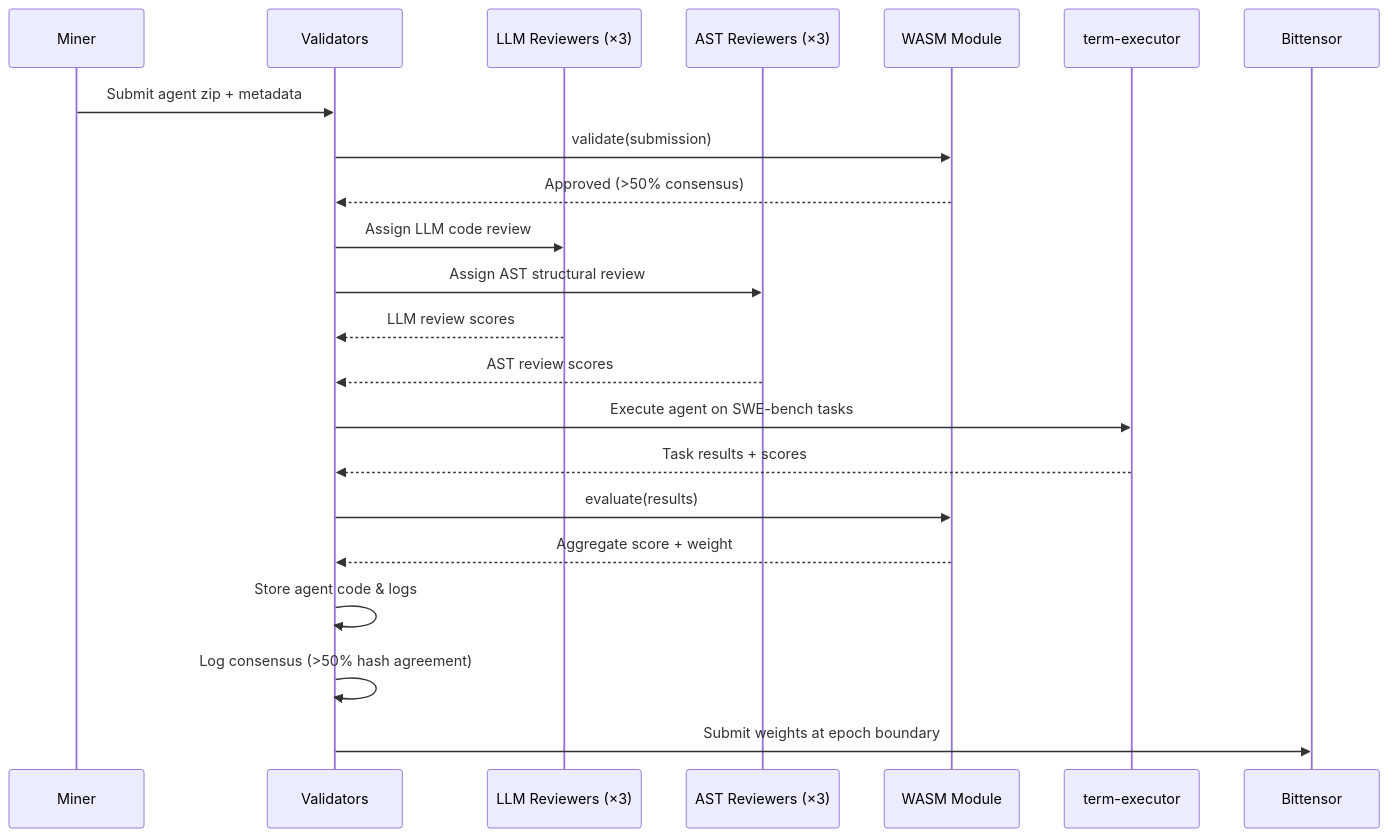
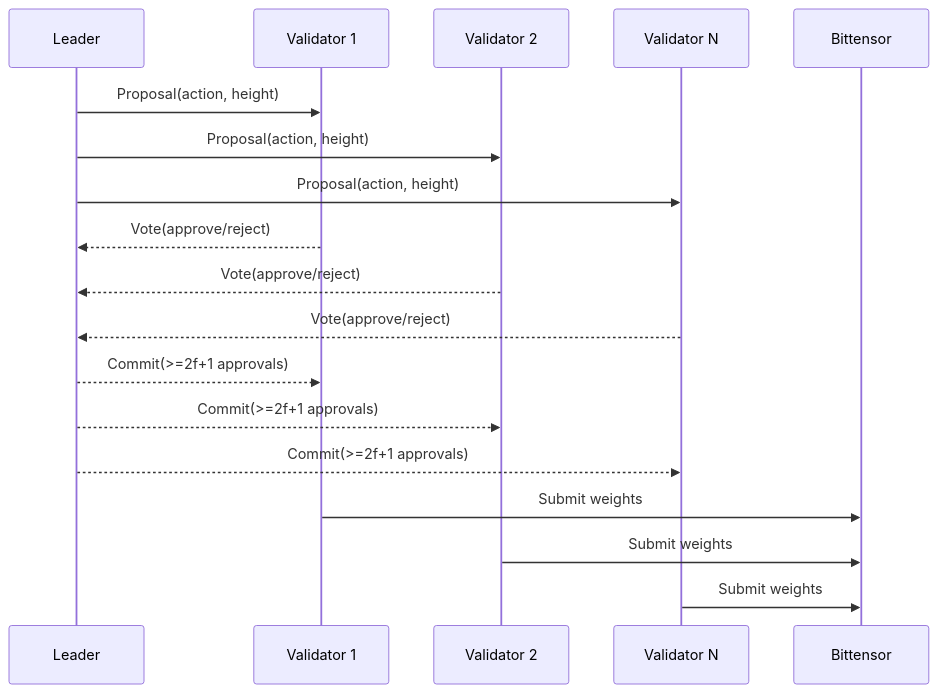
One commit to PlatformNetwork/term-challenge-v2 changed the second of 6 diagrams in README.md. Above: the diagram before and after it, drawn with Mermaid. The commit also changed other lines of this file and 208 other files, not shown here.

First line of the commit message:
feat: WASM-only architecture with sudo challenge management and P2P distribution

````diff
--- a/README.md
+++ b/README.md
@@ -37,25 +65,21 @@
 ```mermaid
 sequenceDiagram
-    participant M as Miner
-    participant V as Validators
-    participant LLM as LLM Reviewers (×3)
-    participant AST as AST Reviewers (×3)
-    participant W as WASM Module
-    participant E as term-executor
+    participant L as Leader
+    participant V1 as Validator 1
+    participant V2 as Validator 2
+    participant Vn as Validator N
     participant BT as Bittensor
 
-    M->>V: Submit agent zip + metadata
-    V->>W: validate(submission)
-    W-->>V: Approved (>50% consensus)
-    V->>LLM: Assign LLM code review
-    V->>AST: Assign AST structural review
-    LLM-->>V: LLM review scores
-    AST-->>V: AST review scores
-    V->>E: Execute agent on SWE-bench tasks
-    E-->>V: Task results + scores
-    V->>W: evaluate(results)
-    W-->>V: Aggregate score + weight
-    V->>V: Store agent code & logs
-    V->>V: Log consensus (>50% hash agreement)
-    V->>BT: Submit weights at epoch boundary
+    L->>V1: Proposal(action, height)
+    L->>V2: Proposal(action, height)
+    L->>Vn: Proposal(action, height)
+    V1-->>L: Vote(approve/reject)
+    V2-->>L: Vote(approve/reject)
+    Vn-->>L: Vote(approve/reject)
+    L-->>V1: Commit(>=2f+1 approvals)
+    L-->>V2: Commit(>=2f+1 approvals)
+    L-->>Vn: Commit(>=2f+1 approvals)
+    V1->>BT: Submit weights
+    V2->>BT: Submit weights
+    Vn->>BT: Submit weights
 ```
````
